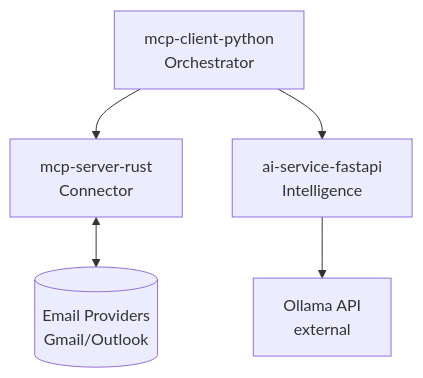
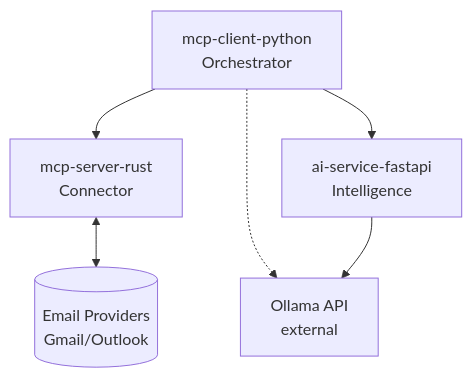
Before and after one commit to Mohammed-web1/AGUERO: the diagram in README.md, drawn with Mermaid. The commit also changed other lines of this file and 6 other files, not shown here.

````diff
--- a/README.md
+++ b/README.md
@@ -14,7 +14,8 @@
 ```mermaid
 graph TD
     A[mcp-client-python\nOrchestrator] --> B[mcp-server-rust\nConnector]
     A --> C[ai-service-fastapi\nIntelligence]
-    C --> E[Ollama API\nexternal]
+    A -.-> E[Ollama API\nexternal]
+    C --> E
     B <--> D[(Email Providers\nGmail/Outlook)]
 ```
````
